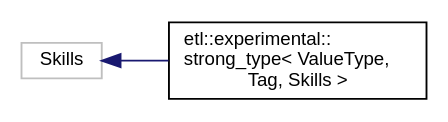
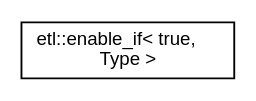
Before and after one commit to tobanteAudio/taetl: the diagram in inherit_graph_22.dot, drawn with Graphviz. The commit also changed 63 other files, not shown here.

```diff
--- a/inherit_graph_22.dot
+++ b/inherit_graph_22.dot
@@ -1,9 +1,7 @@
 digraph "Graphical Class Hierarchy"
 {
   edge [fontname="Helvetica",fontsize="10",labelfontname="Helvetica",labelfontsize="10"];
   node [fontname="Helvetica",fontsize="10",shape=record];
   rankdir="LR";
-  Node15 [label="Skills",height=0.2,width=0.4,color="grey75", fillcolor="white", style="filled"];
-  Node15 -> Node0 [dir="back",color="midnightblue",fontsize="10",style="solid",fontname="Helvetica"];
-  Node0 [label="etl::experimental::\lstrong_type\< ValueType,\l Tag, Skills \>",height=0.2,width=0.4,color="black", fillcolor="white", style="filled",URL="$structetl_1_1experimental_1_1strong__type.html",tooltip="Wraps a built-in type. "];
+  Node0 [label="etl::enable_if\< true,\l Type \>",height=0.2,width=0.4,color="black", fillcolor="white", style="filled",URL="$structetl_1_1enable__if_3_01true_00_01Type_01_4.html"];
 }
```
